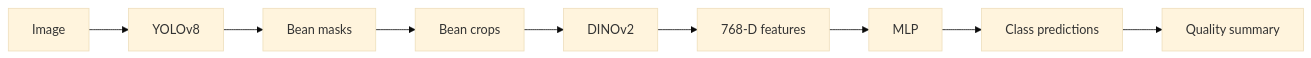
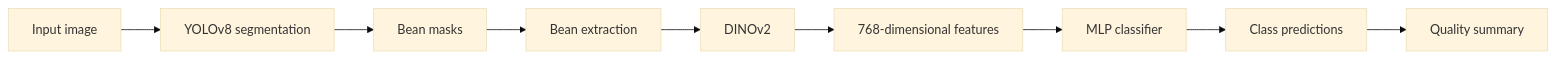
The third of 3 diagrams in README.md (Nikhil-cloudexpert/BeanVision_AI), drawn with Mermaid (base theme) before and after one commit. The commit also changed other lines of this file, not shown here.

````diff
--- a/README.md
+++ b/README.md
@@ -375,11 +408,11 @@
 ```mermaid
 flowchart LR
-    A["Image"] --> B["YOLOv8"]
+    A["Input image"] --> B["YOLOv8 segmentation"]
     B --> C["Bean masks"]
-    C --> D["Bean crops"]
+    C --> D["Bean extraction"]
     D --> E["DINOv2"]
-    E --> F["768-D features"]
-    F --> G["MLP"]
+    E --> F["768-dimensional features"]
+    F --> G["MLP classifier"]
     G --> H["Class predictions"]
     H --> I["Quality summary"]
 ```
````
